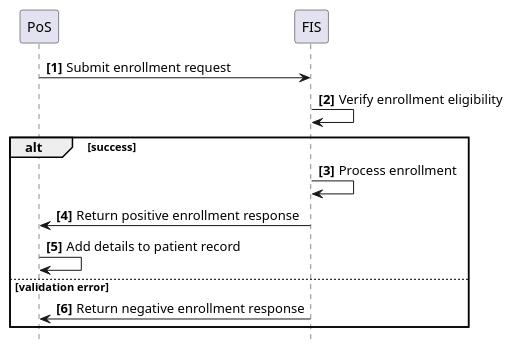
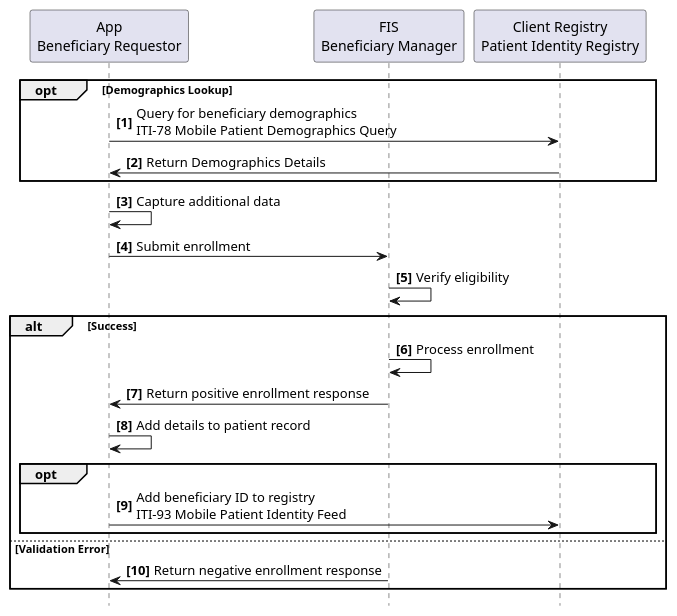
Before and after one commit to IHE/ITI.Finance: the diagram in input/images-source/usecase1-processflow.plantuml, drawn with PlantUML. The commit also changed 4 other files, not shown here.

Commit message:
Fixed some typos and updated diagrams to match updated use case descriptions.

```diff
--- a/input/images-source/usecase1-processflow.plantuml
+++ b/input/images-source/usecase1-processflow.plantuml
@@ -1,20 +1,28 @@
 @startuml
 skinparam svgDimensionStyle false
 hide footbox
 autonumber "<b>[0]"
 
-participant PoS
-participant FIS
+participant "App\nBeneficiary Requestor" as App
+participant "FIS\nBeneficiary Manager" as FIS
+participant "Client Registry\nPatient Identity Registry" as CR
 
-PoS->FIS: Submit enrollment request
-FIS->FIS: Verify enrollment eligibility
-
-alt success
+opt Demographics Lookup
+  App->CR: Query for beneficiary demographics\nITI-78 Mobile Patient Demographics Query
+  CR->App: Return Demographics Details
+end
+App->App: Capture additional data
+App->FIS: Submit enrollment
+FIS->FIS: Verify eligibility
+alt Success
   FIS->FIS: Process enrollment
-  FIS->PoS: Return positive enrollment response
-  PoS->PoS: Add details to patient record
-else validation error
-  FIS->PoS: Return negative enrollment response
+  FIS->App: Return positive enrollment response
+  App->App: Add details to patient record
+  opt
+    App->CR: Add beneficiary ID to registry\nITI-93 Mobile Patient Identity Feed
+  end
+else Validation Error
+  FIS->App: Return negative enrollment response
 end
 
 @enduml
```
